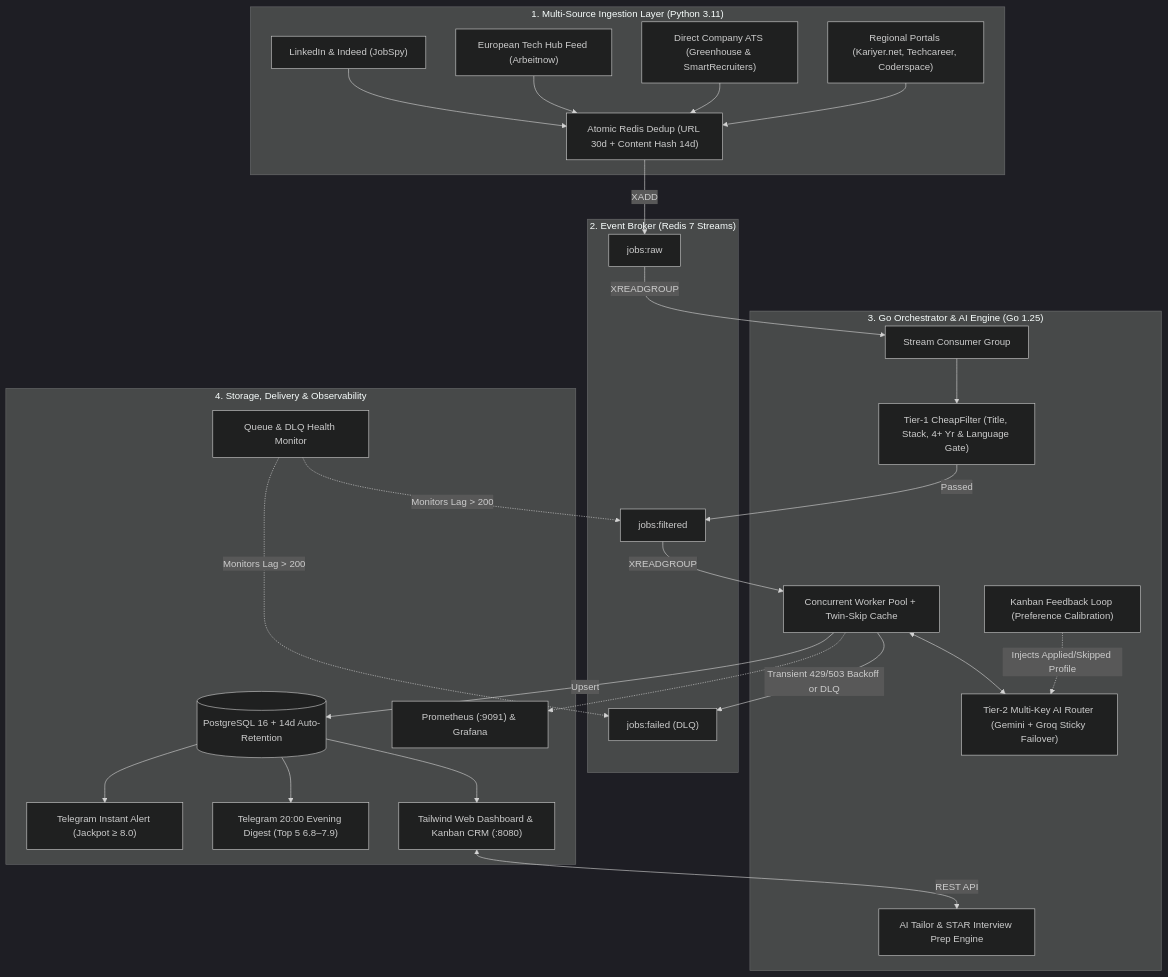
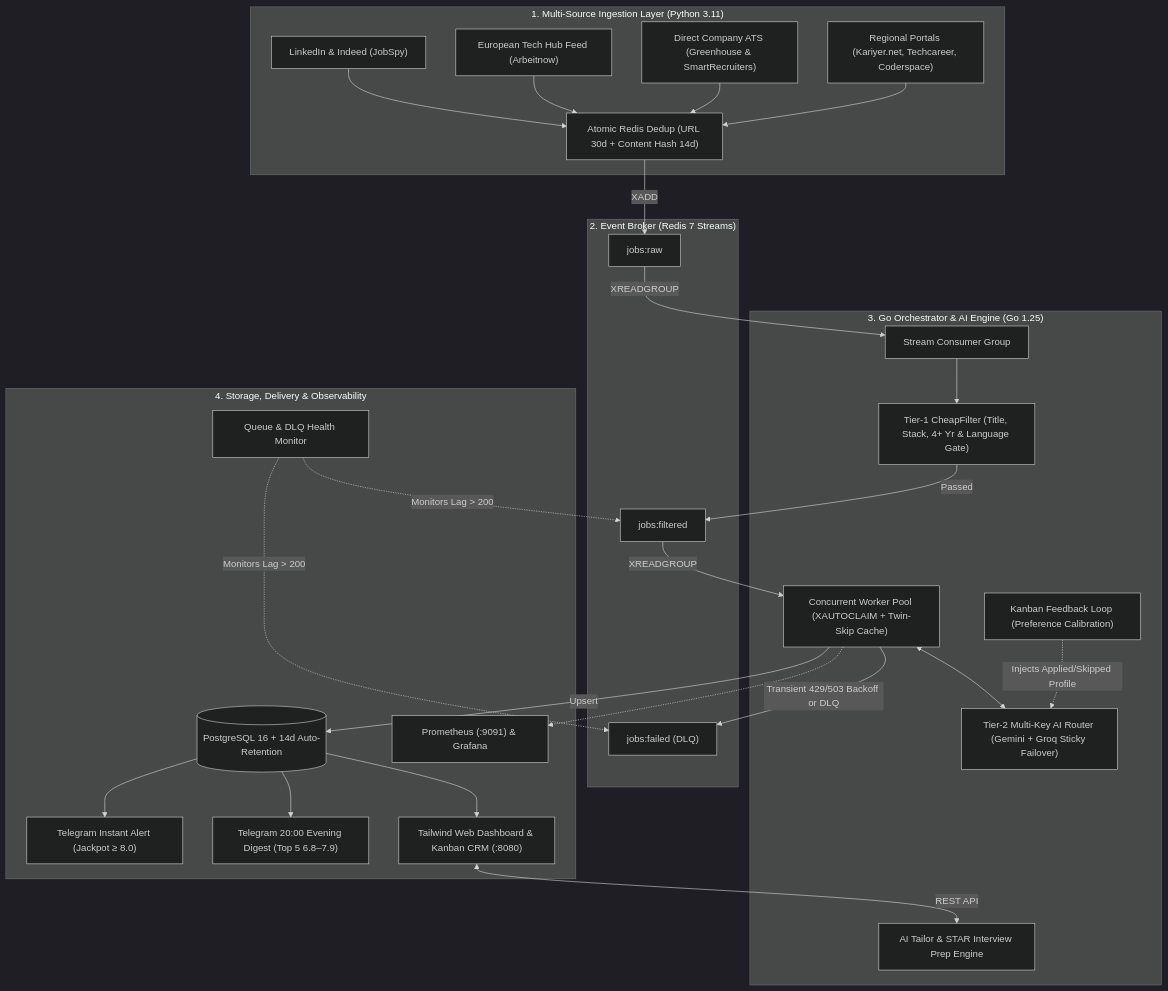
One commit to Ulas-Dursun/job-hunter changed the diagram in README.md. Above: the diagram before and after it, drawn with Mermaid (dark theme). The commit also changed other lines of this file, not shown here.

Commit message:
docs(readme): add XERJ Corpus Hub recognition callout and update worker architecture diagram

````diff
--- a/README.md
+++ b/README.md
@@ -21,47 +25,47 @@
 ```mermaid
 flowchart TD
     subgraph S1["1. Multi-Source Ingestion Layer (Python 3.11)"]
         A1["LinkedIn & Indeed (JobSpy)"]
         A2["European Tech Hub Feed (Arbeitnow)"]
         A3["Direct Company ATS (Greenhouse & SmartRecruiters)"]
         A4["Regional Portals (Kariyer.net, Techcareer, Coderspace)"]
         A5["Atomic Redis Dedup (URL 30d + Content Hash 14d)"]
     end
 
     subgraph S2["2. Event Broker (Redis 7 Streams)"]
         B["jobs:raw"]
         E["jobs:filtered"]
         F_DLQ["jobs:failed (DLQ)"]
     end
 
     subgraph S3["3. Go Orchestrator & AI Engine (Go 1.25)"]
         C["Stream Consumer Group"]
         D["Tier-1 CheapFilter (Title, Stack, 4+ Yr & Language Gate)"]
-        W["Concurrent Worker Pool + Twin-Skip Cache"]
+        W["Concurrent Worker Pool (XAUTOCLAIM + Twin-Skip Cache)"]
         G["Tier-2 Multi-Key AI Router (Gemini + Groq Sticky Failover)"]
         FB["Kanban Feedback Loop (Preference Calibration)"]
         T["AI Tailor & STAR Interview Prep Engine"]
     end
 
     subgraph S4["4. Storage, Delivery & Observability"]
         H[("PostgreSQL 16 + 14d Auto-Retention")]
         I1["Telegram Instant Alert (Jackpot ≥ 8.0)"]
         I2["Telegram 20:00 Evening Digest (Top 5 6.8–7.9)"]
         I3["Queue & DLQ Health Monitor"]
         J["Tailwind Web Dashboard & Kanban CRM (:8080)"]
         K["Prometheus (:9091) & Grafana"]
     end
 
     A1 & A2 & A3 & A4 --> A5 -->|XADD| B
     B -->|XREADGROUP| C --> D
     D -->|Passed| E
     E -->|XREADGROUP| W
     W <--> G
     FB -.->|Injects Applied/Skipped Profile| G
     W -->|Transient 429/503 Backoff or DLQ| F_DLQ
     W -->|Upsert| H
     H --> I1 & I2 & J
     J <-->|REST API| T
     I3 -.->|Monitors Lag > 200| E & F_DLQ
     W -.-> K
 ```
````
